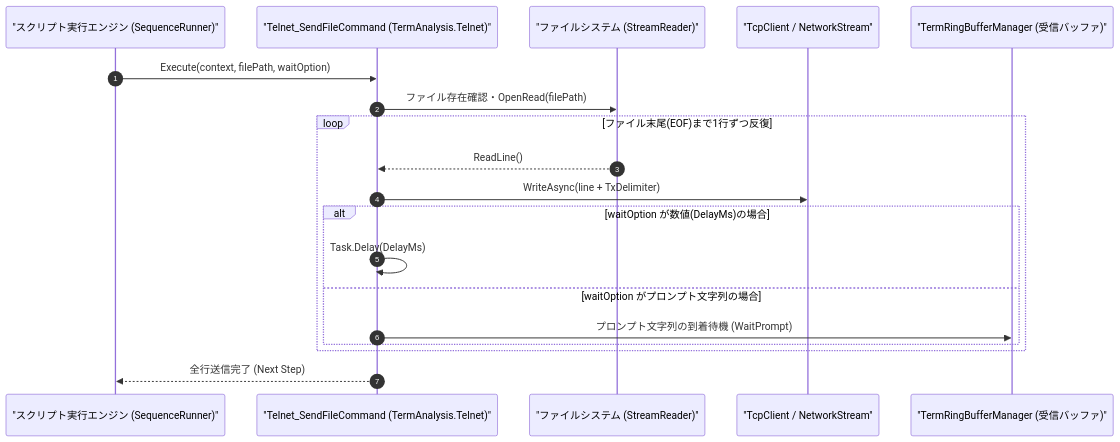
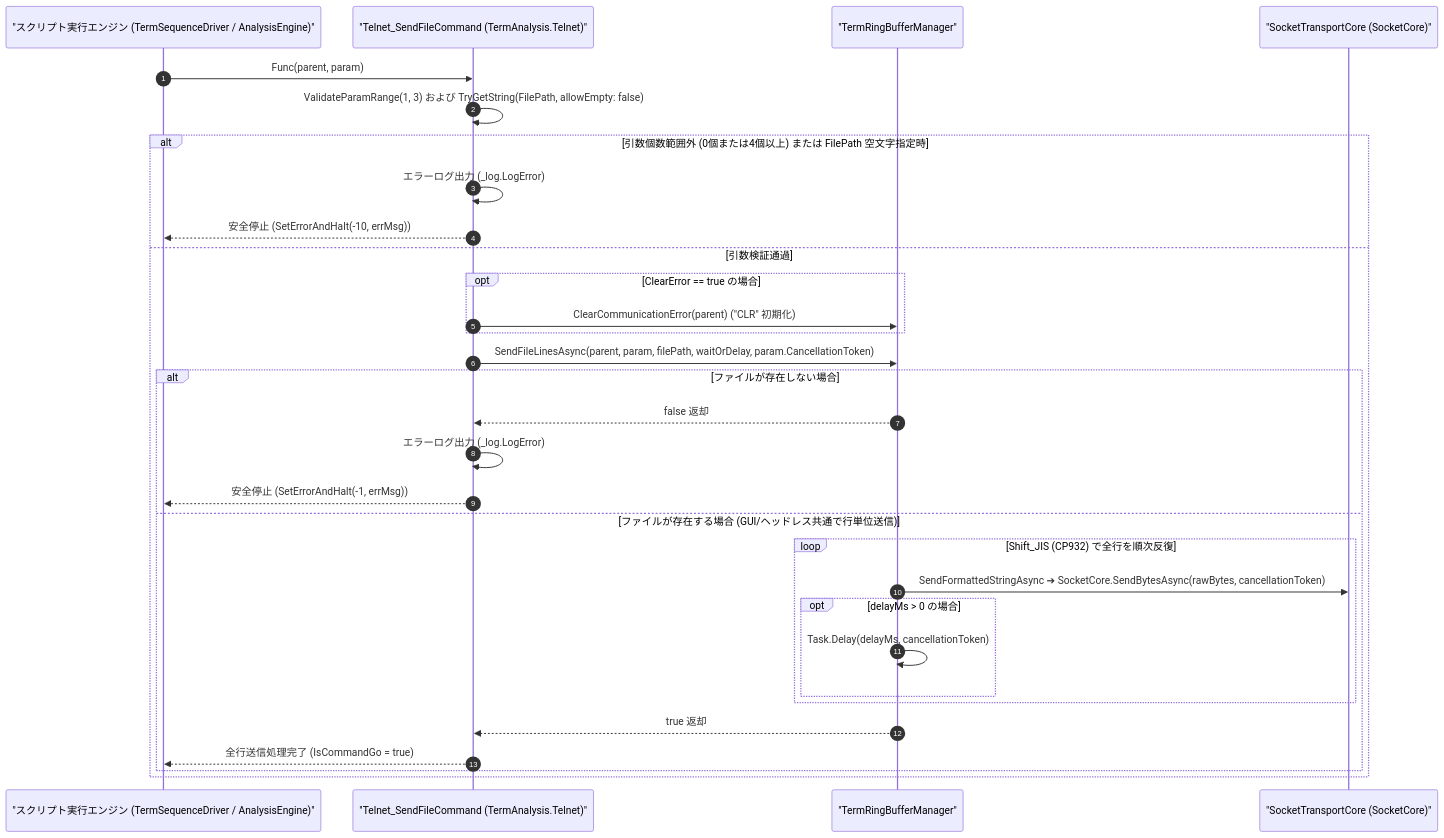
One commit to Monaca-App/TermAddIn changed the diagram in Manual/Telnet/Telnet_SendFile.Md. Above: the diagram before and after it, drawn with Mermaid. The commit also changed other lines of this file and 157 other files, not shown here.

````diff
--- a/Manual/Telnet/Telnet_SendFile.Md
+++ b/Manual/Telnet/Telnet_SendFile.Md
@@ -67,22 +68,34 @@
 ```mermaid
 sequenceDiagram
     autonumber
-    participant Script as "スクリプト実行エンジン (SequenceRunner)"
+    participant Script as "スクリプト実行エンジン (TermSequenceDriver / AnalysisEngine)"
     participant Cmd as "Telnet_SendFileCommand (TermAnalysis.Telnet)"
-    participant FS as "ファイルシステム (StreamReader)"
-    participant Sock as "TcpClient / NetworkStream"
-    participant Buf as "TermRingBufferManager (受信バッファ)"
+    participant Buf as "TermRingBufferManager"
+    participant Sock as "SocketTransportCore (SocketCore)"
 
-    Script->>Cmd: Execute(context, filePath, waitOption)
-    Cmd->>FS: ファイル存在確認・OpenRead(filePath)
-    loop ファイル末尾(EOF)まで1行ずつ反復
-        FS-->>Cmd: ReadLine()
-        Cmd->>Sock: WriteAsync(line + TxDelimiter)
-        alt waitOption が数値(DelayMs)の場合
-            Cmd->>Cmd: Task.Delay(DelayMs)
-        else waitOption がプロンプト文字列の場合
-            Cmd->>Buf: プロンプト文字列の到着待機 (WaitPrompt)
+    Script->>Cmd: Func(parent, param)
+    Cmd->>Cmd: ValidateParamRange(1, 3) および TryGetString(FilePath, allowEmpty: false)
+    alt 引数個数範囲外 (0個または4個以上) または FilePath 空文字指定時
+        Cmd->>Cmd: エラーログ出力 (_log.LogError)
+        Cmd-->>Script: 安全停止 (SetErrorAndHalt(-10, errMsg))
+    else 引数検証通過
+        opt ClearError == true の場合
+            Cmd->>Buf: ClearCommunicationError(parent) ("CLR" 初期化)
+        end
+        Cmd->>Buf: SendFileLinesAsync(parent, param, filePath, waitOrDelay, param.CancellationToken)
+        alt ファイルが存在しない場合
+            Buf-->>Cmd: false 返却
+            Cmd->>Cmd: エラーログ出力 (_log.LogError)
+            Cmd-->>Script: 安全停止 (SetErrorAndHalt(-1, errMsg))
+        else ファイルが存在する場合 (GUI/ヘッドレス共通で行単位送信)
+            loop Shift_JIS (CP932) で全行を順次反復
+                Buf->>Sock: SendFormattedStringAsync ➔ SocketCore.SendBytesAsync(rawBytes, cancellationToken)
+                opt delayMs > 0 の場合
+                    Buf->>Buf: Task.Delay(delayMs, cancellationToken)
+                end
+            end
+            Buf-->>Cmd: true 返却
+            Cmd-->>Script: 全行送信処理完了 (IsCommandGo = true)
         end
     end
-    Cmd-->>Script: 全行送信完了 (Next Step)
 ```
````
